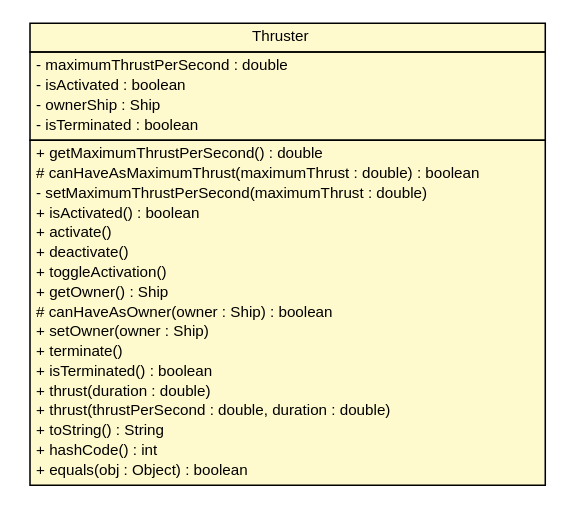
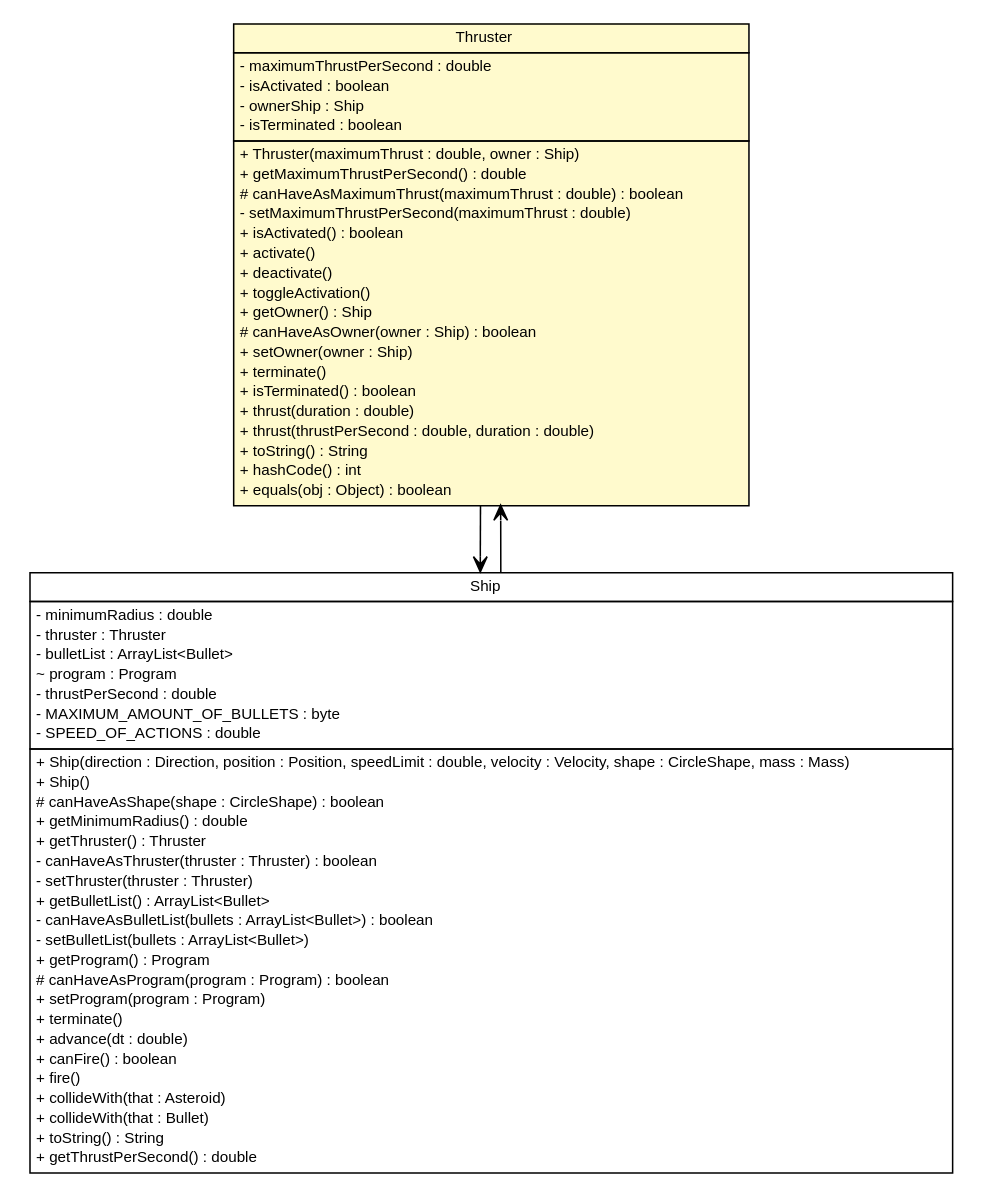
Before and after one commit to sinopeus/asteroids: the diagram in doc/world/entity/ship/Thruster.dot, drawn with Graphviz. The commit also changed 940 other files, not shown here.

```diff
--- a/doc/world/entity/ship/Thruster.dot
+++ b/doc/world/entity/ship/Thruster.dot
@@ -1,43 +1,86 @@
 #!/usr/local/bin/dot
 #
 # Class diagram 
 # Generated by UMLGraph version R5_6 (http://www.umlgraph.org/)
 #
 
 digraph G {
 	edge [fontname="Helvetica",fontsize=10,labelfontname="Helvetica",labelfontsize=10];
 	node [fontname="Helvetica",fontsize=10,shape=plaintext];
 	nodesep=0.25;
 	ranksep=0.5;
 	// world.entity.ship.Thruster
-	c16649 [label=<<table title="world.entity.ship.Thruster" border="0" cellborder="1" cellspacing="0" cellpadding="2" port="p" bgcolor="lemonChiffon" href="./Thruster.html">
+	c16703 [label=<<table title="world.entity.ship.Thruster" border="0" cellborder="1" cellspacing="0" cellpadding="2" port="p" bgcolor="lemonChiffon" href="./Thruster.html">
 		<tr><td><table border="0" cellspacing="0" cellpadding="1">
 <tr><td align="center" balign="center"> Thruster </td></tr>
 		</table></td></tr>
 		<tr><td><table border="0" cellspacing="0" cellpadding="1">
 <tr><td align="left" balign="left"> - maximumThrustPerSecond : double </td></tr>
 <tr><td align="left" balign="left"> - isActivated : boolean </td></tr>
 <tr><td align="left" balign="left"> - ownerShip : Ship </td></tr>
 <tr><td align="left" balign="left"> - isTerminated : boolean </td></tr>
 		</table></td></tr>
 		<tr><td><table border="0" cellspacing="0" cellpadding="1">
+<tr><td align="left" balign="left"> + Thruster(maximumThrust : double, owner : Ship) </td></tr>
 <tr><td align="left" balign="left"> + getMaximumThrustPerSecond() : double </td></tr>
 <tr><td align="left" balign="left"> # canHaveAsMaximumThrust(maximumThrust : double) : boolean </td></tr>
 <tr><td align="left" balign="left"> - setMaximumThrustPerSecond(maximumThrust : double) </td></tr>
 <tr><td align="left" balign="left"> + isActivated() : boolean </td></tr>
 <tr><td align="left" balign="left"> + activate() </td></tr>
 <tr><td align="left" balign="left"> + deactivate() </td></tr>
 <tr><td align="left" balign="left"> + toggleActivation() </td></tr>
 <tr><td align="left" balign="left"> + getOwner() : Ship </td></tr>
 <tr><td align="left" balign="left"> # canHaveAsOwner(owner : Ship) : boolean </td></tr>
 <tr><td align="left" balign="left"> + setOwner(owner : Ship) </td></tr>
 <tr><td align="left" balign="left"> + terminate() </td></tr>
 <tr><td align="left" balign="left"> + isTerminated() : boolean </td></tr>
 <tr><td align="left" balign="left"> + thrust(duration : double) </td></tr>
 <tr><td align="left" balign="left"> + thrust(thrustPerSecond : double, duration : double) </td></tr>
 <tr><td align="left" balign="left"> + toString() : String </td></tr>
 <tr><td align="left" balign="left"> + hashCode() : int </td></tr>
 <tr><td align="left" balign="left"> + equals(obj : Object) : boolean </td></tr>
 		</table></td></tr>
 		</table>>, URL="./Thruster.html", fontname="Helvetica", fontcolor="black", fontsize=10.0];
+	// world.entity.ship.Ship
+	c16704 [label=<<table title="world.entity.ship.Ship" border="0" cellborder="1" cellspacing="0" cellpadding="2" port="p" href="./Ship.html">
+		<tr><td><table border="0" cellspacing="0" cellpadding="1">
+<tr><td align="center" balign="center"> Ship </td></tr>
+		</table></td></tr>
+		<tr><td><table border="0" cellspacing="0" cellpadding="1">
+<tr><td align="left" balign="left"> - minimumRadius : double </td></tr>
+<tr><td align="left" balign="left"> - thruster : Thruster </td></tr>
+<tr><td align="left" balign="left"> - bulletList : ArrayList&lt;Bullet&gt; </td></tr>
+<tr><td align="left" balign="left"> ~ program : Program </td></tr>
+<tr><td align="left" balign="left"> - thrustPerSecond : double </td></tr>
+<tr><td align="left" balign="left"> - MAXIMUM_AMOUNT_OF_BULLETS : byte </td></tr>
+<tr><td align="left" balign="left"> - SPEED_OF_ACTIONS : double </td></tr>
+		</table></td></tr>
+		<tr><td><table border="0" cellspacing="0" cellpadding="1">
+<tr><td align="left" balign="left"> + Ship(direction : Direction, position : Position, speedLimit : double, velocity : Velocity, shape : CircleShape, mass : Mass) </td></tr>
+<tr><td align="left" balign="left"> + Ship() </td></tr>
+<tr><td align="left" balign="left"> # canHaveAsShape(shape : CircleShape) : boolean </td></tr>
+<tr><td align="left" balign="left"> + getMinimumRadius() : double </td></tr>
+<tr><td align="left" balign="left"> + getThruster() : Thruster </td></tr>
+<tr><td align="left" balign="left"> - canHaveAsThruster(thruster : Thruster) : boolean </td></tr>
+<tr><td align="left" balign="left"> - setThruster(thruster : Thruster) </td></tr>
+<tr><td align="left" balign="left"> + getBulletList() : ArrayList&lt;Bullet&gt; </td></tr>
+<tr><td align="left" balign="left"> - canHaveAsBulletList(bullets : ArrayList&lt;Bullet&gt;) : boolean </td></tr>
+<tr><td align="left" balign="left"> - setBulletList(bullets : ArrayList&lt;Bullet&gt;) </td></tr>
+<tr><td align="left" balign="left"> + getProgram() : Program </td></tr>
+<tr><td align="left" balign="left"> # canHaveAsProgram(program : Program) : boolean </td></tr>
+<tr><td align="left" balign="left"> + setProgram(program : Program) </td></tr>
+<tr><td align="left" balign="left"> + terminate() </td></tr>
+<tr><td align="left" balign="left"> + advance(dt : double) </td></tr>
+<tr><td align="left" balign="left"> + canFire() : boolean </td></tr>
+<tr><td align="left" balign="left"> + fire() </td></tr>
+<tr><td align="left" balign="left"> + collideWith(that : Asteroid) </td></tr>
+<tr><td align="left" balign="left"> + collideWith(that : Bullet) </td></tr>
+<tr><td align="left" balign="left"> + toString() : String </td></tr>
+<tr><td align="left" balign="left"> + getThrustPerSecond() : double </td></tr>
+		</table></td></tr>
+		</table>>, URL="./Ship.html", fontname="Helvetica", fontcolor="black", fontsize=10.0];
+	// world.entity.ship.Thruster NAVASSOC world.entity.ship.Ship
+	c16703:p -> c16704:p [taillabel="", label="", headlabel="", fontname="Helvetica", fontcolor="black", fontsize=10.0, color="black", arrowhead=open];
+	// world.entity.ship.Ship NAVASSOC world.entity.ship.Thruster
+	c16704:p -> c16703:p [taillabel="", label="", headlabel="", fontname="Helvetica", fontcolor="black", fontsize=10.0, color="black", arrowhead=open];
 }
```
